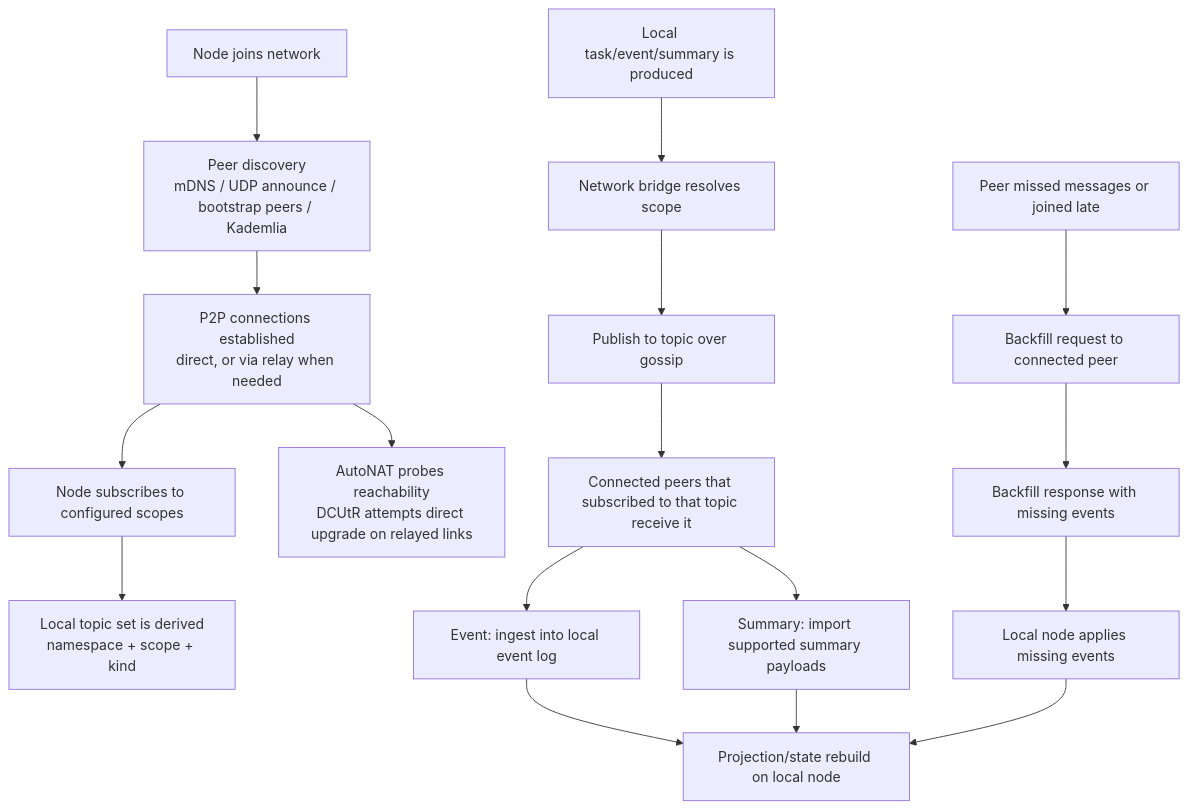
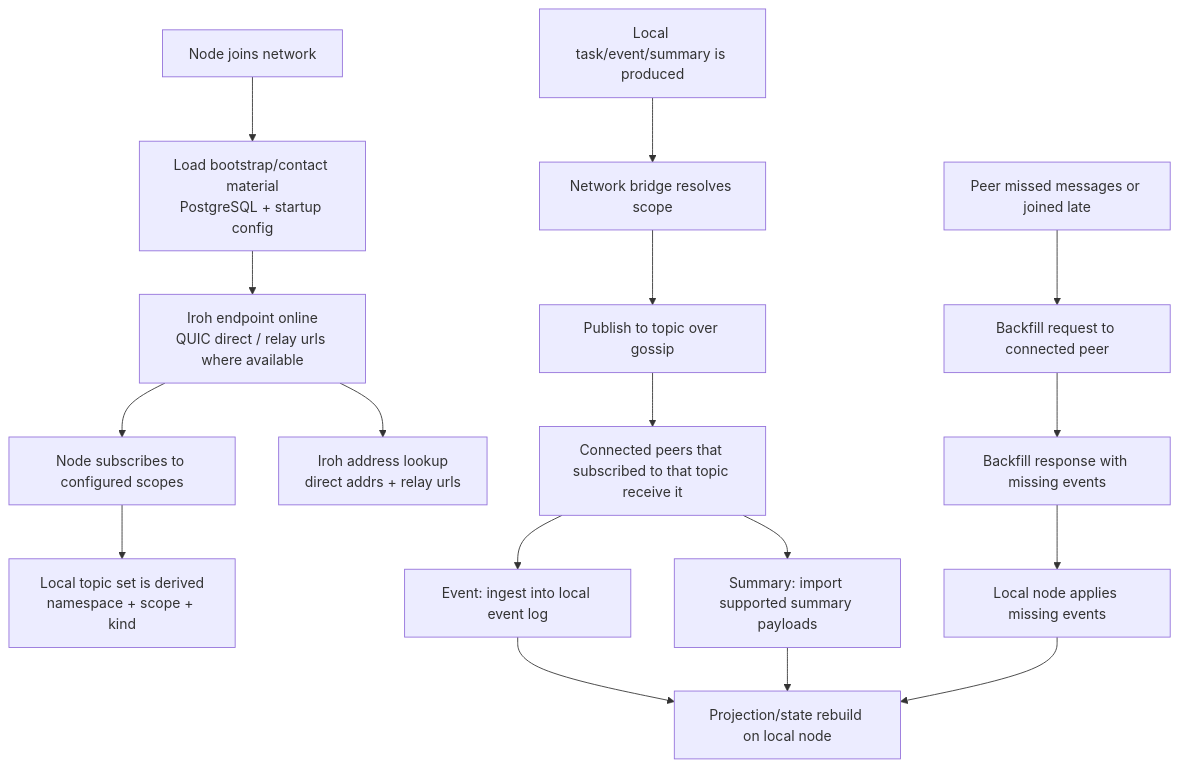
One commit to wattetheria/wattswarm changed the first of 5 diagrams in README.md. Above: the diagram before and after it, drawn with Mermaid. The commit also changed other lines of this file and 35 other files, not shown here.

First line of the commit message:
network: add iroh data plane runtime

````diff
--- a/README.md
+++ b/README.md
@@ -264,21 +269,21 @@
 ```mermaid
 flowchart TD
-    A["Node joins network"] --> B["Peer discovery<br/>mDNS / UDP announce / bootstrap peers / Kademlia"]
-    B --> C["P2P connections established<br/>direct, or via relay when needed"]
+    A["Node joins network"] --> B["Load bootstrap/contact material<br/>PostgreSQL + startup config"]
+    B --> C["Iroh endpoint online<br/>QUIC direct / relay urls where available"]
     C --> D["Node subscribes to configured scopes"]
     D --> E["Local topic set is derived<br/>namespace + scope + kind"]
-    C --> C1["AutoNAT probes reachability<br/>DCUtR attempts direct upgrade on relayed links"]
+    C --> C1["Iroh address lookup<br/>direct addrs + relay urls"]
 
     F["Local task/event/summary is produced"] --> G["Network bridge resolves scope"]
     G --> H["Publish to topic over gossip"]
     H --> I["Connected peers that subscribed to that topic receive it"]
     I --> J["Event: ingest into local event log"]
     I --> K["Summary: import supported summary payloads"]
     J --> L["Projection/state rebuild on local node"]
     K --> L
 
     M["Peer missed messages or joined late"] --> N["Backfill request to connected peer"]
     N --> O["Backfill response with missing events"]
     O --> P["Local node applies missing events"]
     P --> L
 ```
````
